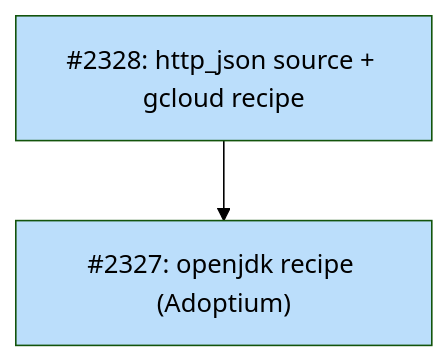
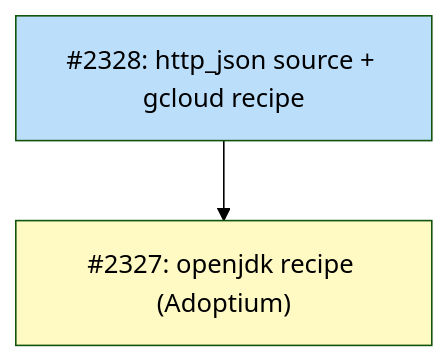
One commit to tsukumogami/tsuku changed the diagram in docs/designs/DESIGN-http-json-version-source.md. Above: the diagram before and after it, drawn with Mermaid (forest theme).

Commit message:
docs(design): mark #2327 as blocked (depends on #2328) per MM18 lint

````diff
--- a/docs/designs/DESIGN-http-json-version-source.md
+++ b/docs/designs/DESIGN-http-json-version-source.md
@@ -491,11 +491,13 @@
 ```mermaid
 graph TD
     I2328["#2328: http_json source + gcloud recipe"]
     I2327["#2327: openjdk recipe (Adoptium)"]
 
     I2328 --> I2327
 
     classDef ready fill:#bbdefb
+    classDef blocked fill:#fff9c4
 
-    class I2328,I2327 ready
+    class I2328 ready
+    class I2327 blocked
 ```
````
